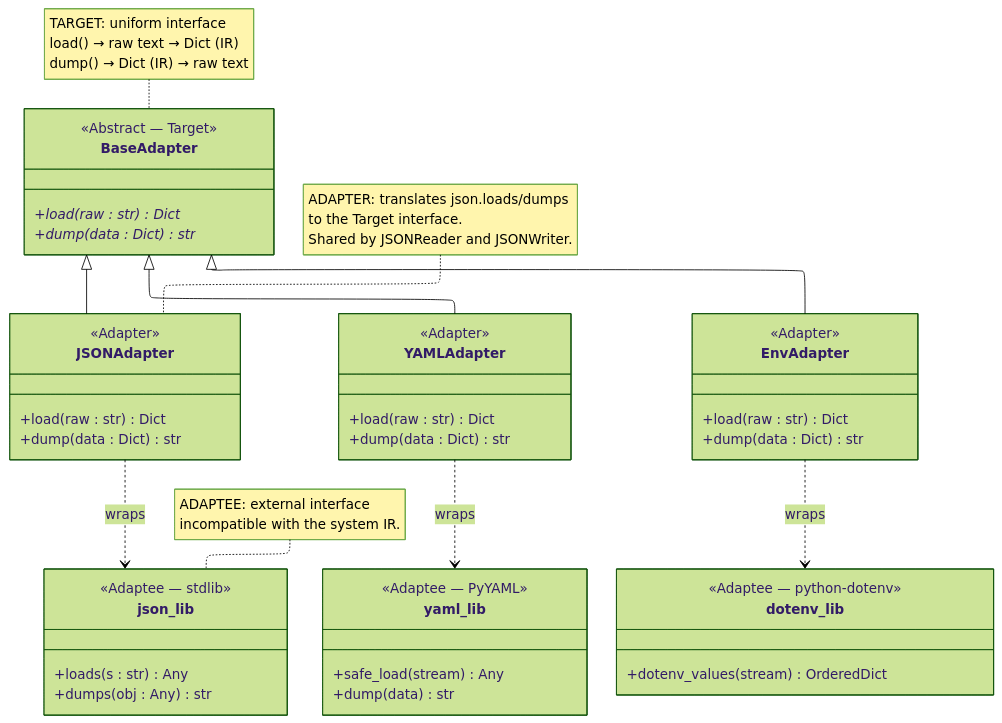
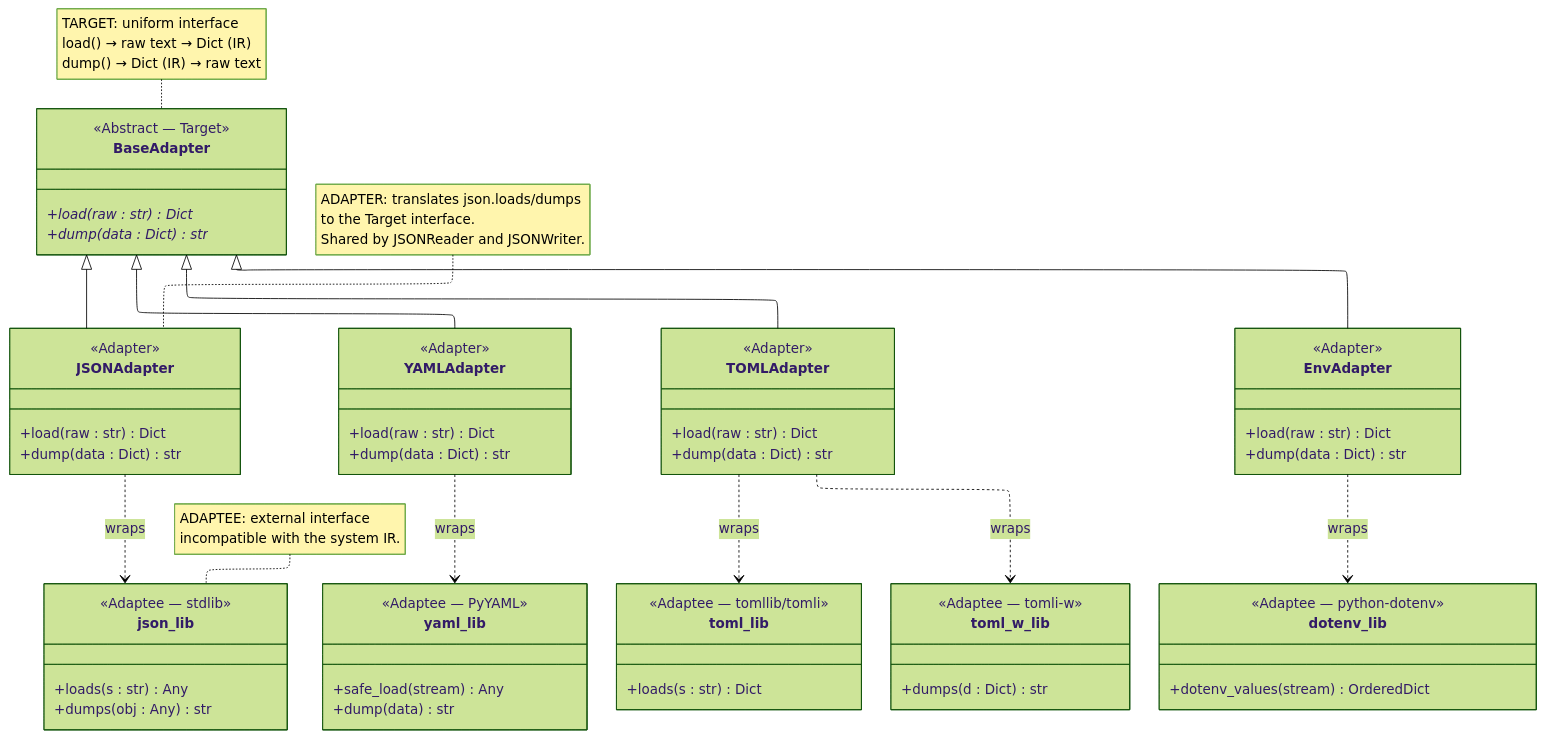
The fourth of 7 diagrams in docs/architecture.md (lucadileo9/proteus), drawn with Mermaid (forest theme) before and after one commit. The commit also changed other lines of this file and 5 other files, not shown here.

````diff
--- a/docs/architecture.md
+++ b/docs/architecture.md
@@ -161,63 +185,82 @@
 ```mermaid
 %%{ init: {"layout": "elk"} }%%
 classDiagram
     class BaseAdapter {
         <<Abstract — Target>>
         +load(raw : str)* Dict
         +dump(data : Dict)* str
     }
 
     class JSONAdapter {
         <<Adapter>>
         +load(raw : str) Dict
         +dump(data : Dict) str
     }
 
     class YAMLAdapter {
+        <<Adapter>>
+        +load(raw : str) Dict
+        +dump(data : Dict) str
+    }
+
+    class TOMLAdapter {
         <<Adapter>>
         +load(raw : str) Dict
         +dump(data : Dict) str
     }
 
     class EnvAdapter {
         <<Adapter>>
         +load(raw : str) Dict
         +dump(data : Dict) str
     }
 
 
     class json_lib {
         <<Adaptee — stdlib>>
         +loads(s : str) Any
         +dumps(obj : Any) str
     }
 
     class yaml_lib {
         <<Adaptee — PyYAML>>
         +safe_load(stream) Any
         +dump(data) str
     }
 
+    class toml_lib {
+        <<Adaptee — tomllib/tomli>>
+        +loads(s : str) Dict
+    }
+
+    class toml_w_lib {
+        <<Adaptee — tomli-w>>
+        +dumps(d : Dict) str
+    }
+
     class dotenv_lib {
         <<Adaptee — python-dotenv>>
         +dotenv_values(stream) OrderedDict
     }
 
 
     BaseAdapter <|-- JSONAdapter
     BaseAdapter <|-- YAMLAdapter
+    BaseAdapter <|-- TOMLAdapter
     BaseAdapter <|-- EnvAdapter
 
     JSONAdapter ..> json_lib : wraps
     YAMLAdapter ..> yaml_lib : wraps
+    TOMLAdapter ..> toml_lib : wraps
+    TOMLAdapter ..> toml_w_lib : wraps
     EnvAdapter ..> dotenv_lib : wraps
 
     note for BaseAdapter "TARGET: uniform interface
     load() → raw text → Dict (IR)
     dump() → Dict (IR) → raw text"
     note for JSONAdapter "ADAPTER: translates json.loads/dumps
     to the Target interface.
     Shared by JSONReader and JSONWriter."
     note for json_lib "ADAPTEE: external interface
     incompatible with the system IR."
 ```
````
